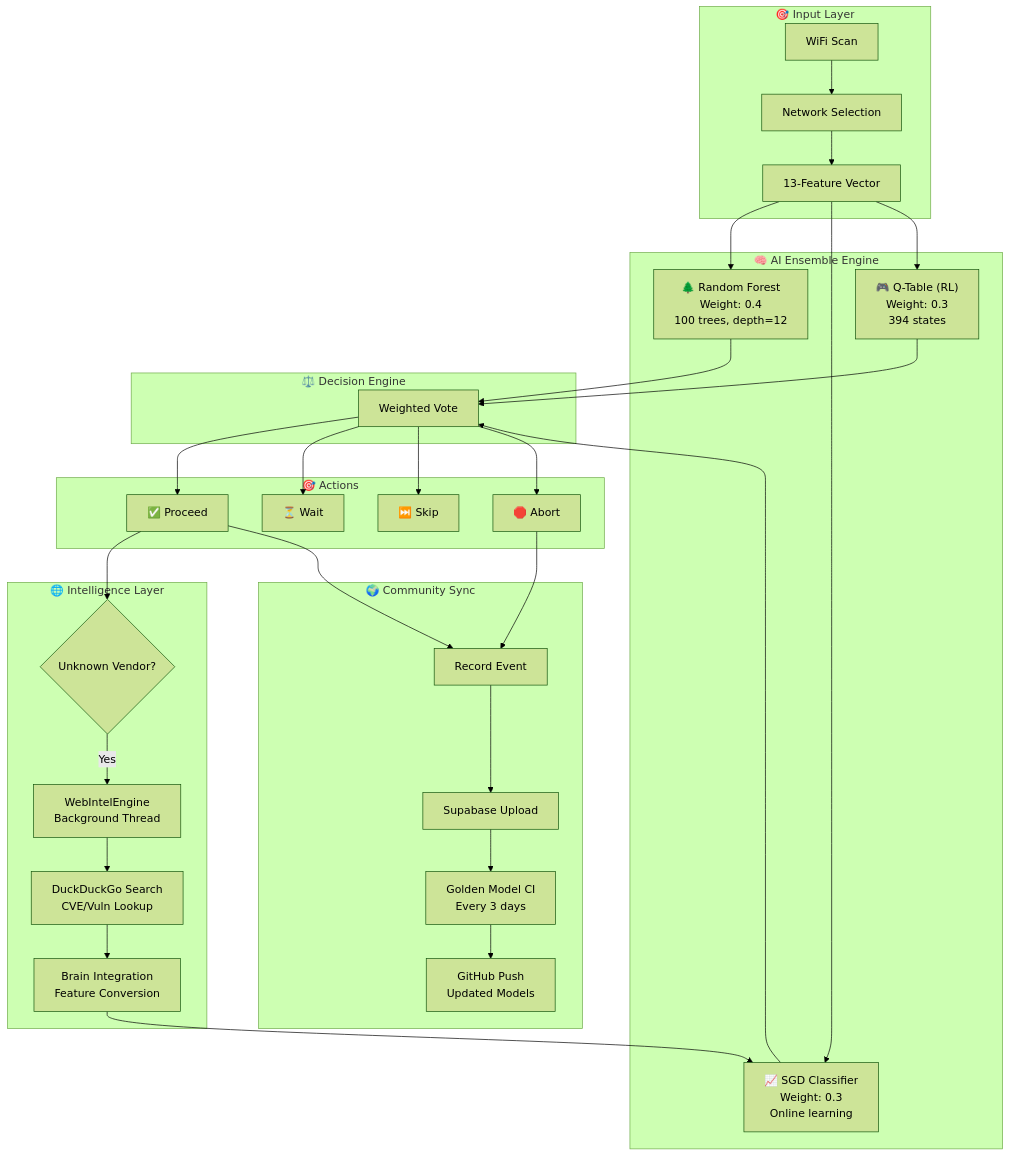
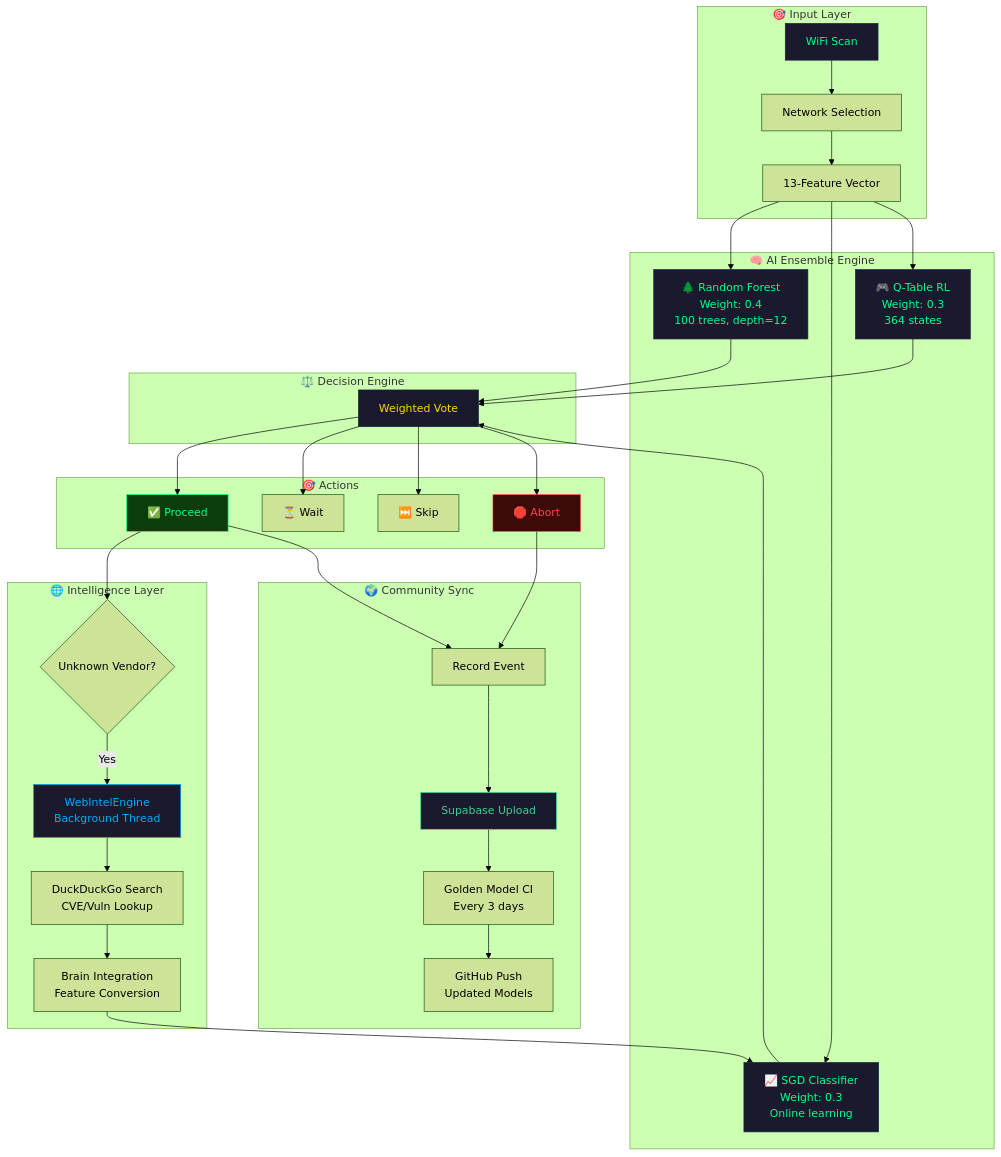
The first of 4 diagrams in README.md (OPX-Aminul/OPXoneshot), drawn with Mermaid (forest theme) before and after one commit. The commit also changed other lines of this file and 1 other file, not shown here.

````diff
--- a/README.md
+++ b/README.md
@@ -146,42 +270,52 @@
 ```mermaid
 graph TB
     subgraph "🎯 Input Layer"
         A[WiFi Scan] --> B[Network Selection]
         B --> C[13-Feature Vector]
     end
 
     subgraph "🧠 AI Ensemble Engine"
         C --> D["🌲 Random Forest<br/>Weight: 0.4<br/>100 trees, depth=12"]
         C --> E["📈 SGD Classifier<br/>Weight: 0.3<br/>Online learning"]
-        C --> F["🎮 Q-Table (RL)<br/>Weight: 0.3<br/>394 states"]
+        C --> F["🎮 Q-Table RL<br/>Weight: 0.3<br/>364 states"]
     end
 
     subgraph "⚖️ Decision Engine"
         D --> G[Weighted Vote]
         E --> G
         F --> G
     end
 
     subgraph "🎯 Actions"
         G --> H[✅ Proceed]
         G --> I[⏳ Wait]
         G --> J[⏭️ Skip]
         G --> K[🛑 Abort]
     end
 
     subgraph "🌐 Intelligence Layer"
         H --> L{Unknown Vendor?}
         L -->|Yes| M[WebIntelEngine<br/>Background Thread]
         M --> N[DuckDuckGo Search<br/>CVE/Vuln Lookup]
         N --> O[Brain Integration<br/>Feature Conversion]
         O --> E
     end
 
     subgraph "🌍 Community Sync"
         K --> P[Record Event]
         H --> P
         P --> Q[Supabase Upload]
         Q --> R[Golden Model CI<br/>Every 3 days]
         R --> S[GitHub Push<br/>Updated Models]
     end
+
+    style A fill:#1a1a2e,stroke:#16213e,color:#00ff88
+    style D fill:#1a1a2e,stroke:#16213e,color:#00ff88
+    style E fill:#1a1a2e,stroke:#16213e,color:#00ff88
+    style F fill:#1a1a2e,stroke:#16213e,color:#00ff88
+    style G fill:#1a1a2e,stroke:#16213e,color:#ffd700
+    style H fill:#0a3d0a,stroke:#00ff88,color:#00ff88
+    style K fill:#3d0a0a,stroke:#ff4444,color:#ff4444
+    style M fill:#1a1a2e,stroke:#00aaff,color:#00aaff
+    style Q fill:#1a1a2e,stroke:#3ecf8e,color:#3ecf8e
 ```
````
